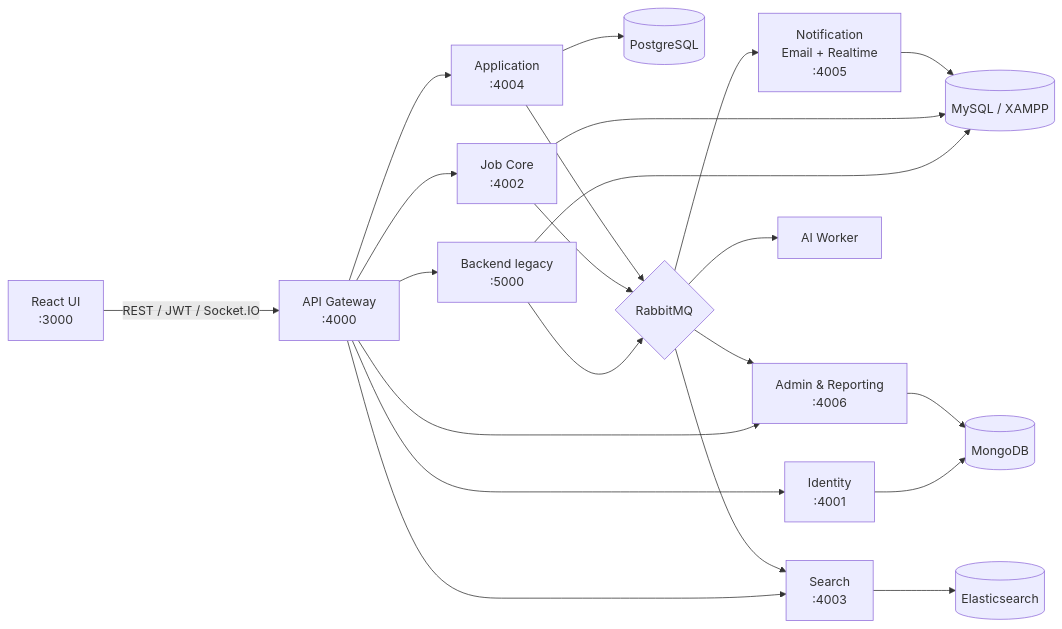
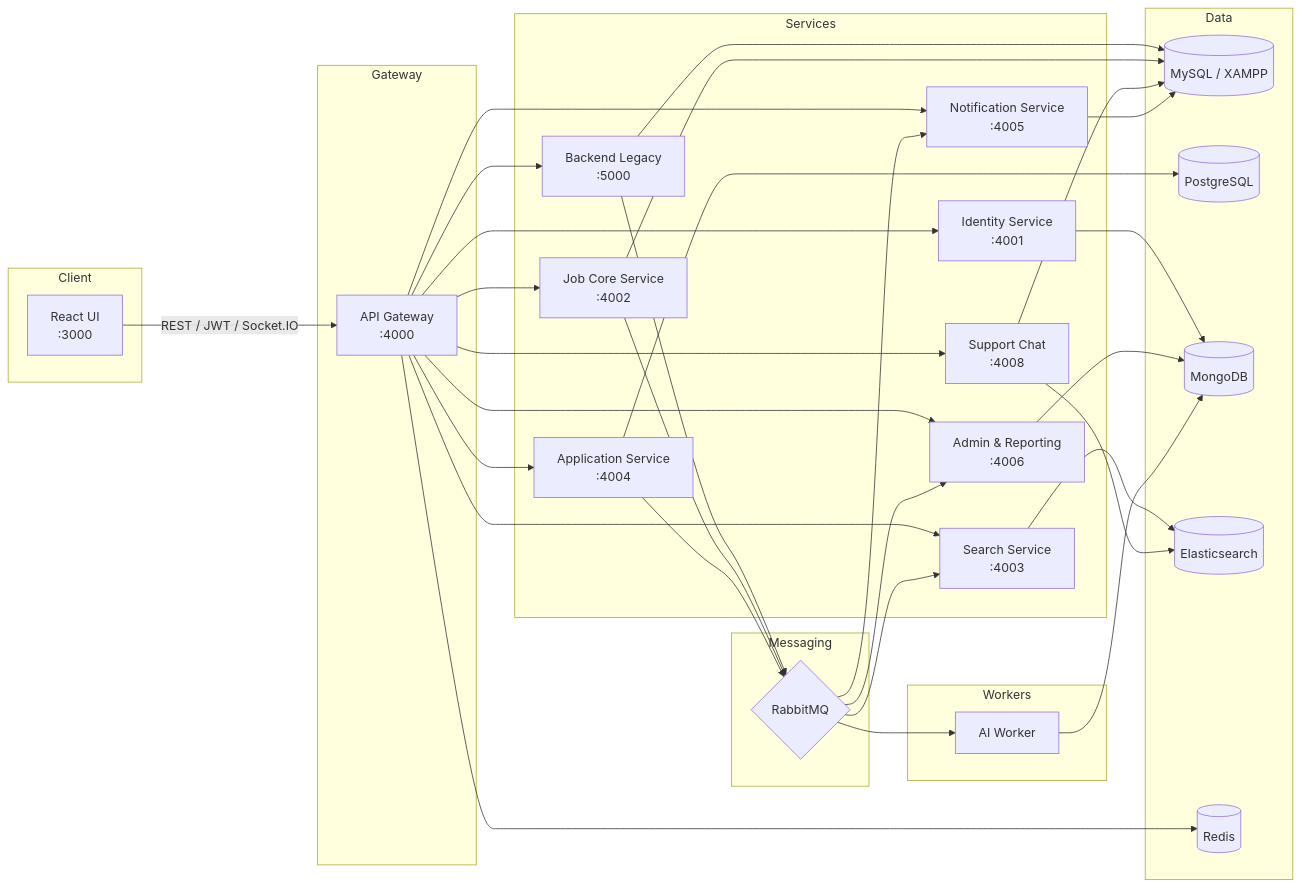
Before and after one commit to nguyentuanthien2384/DALN_JobFind: the diagram in README.md, drawn with Mermaid. The commit also changed other lines of this file and 29 other files, not shown here.

Commit message:
feat: add job search autocomplete, job localization scripts, UI components, and tests

````diff
--- a/README.md
+++ b/README.md
@@ -51,26 +124,67 @@
 ```mermaid
 flowchart LR
-    UI["React UI\n:3000"] -->|"REST / JWT / Socket.IO"| GW["API Gateway\n:4000"]
-    GW --> Legacy["Backend legacy\n:5000"]
-    GW --> Identity["Identity\n:4001"]
-    GW --> Job["Job Core\n:4002"]
-    GW --> Search["Search\n:4003"]
-    GW --> Apps["Application\n:4004"]
-    GW --> Admin["Admin & Reporting\n:4006"]
+    subgraph Client
+        UI["React UI\n:3000"]
+    end
 
-    Legacy --> MySQL[("MySQL / XAMPP")]
+    subgraph Gateway
+        GW["API Gateway\n:4000"]
+    end
+
+    subgraph Services
+        Legacy["Backend Legacy\n:5000"]
+        Identity["Identity Service\n:4001"]
+        Job["Job Core Service\n:4002"]
+        Search["Search Service\n:4003"]
+        Apps["Application Service\n:4004"]
+        Notify["Notification Service\n:4005"]
+        Admin["Admin & Reporting\n:4006"]
+        Support["Support Chat\n:4008"]
+    end
+
+    subgraph Workers
+        AI["AI Worker"]
+    end
+
+    subgraph Data
+        MySQL[("MySQL / XAMPP")]
+        Postgres[("PostgreSQL")]
+        Mongo[("MongoDB")]
+        ES[("Elasticsearch")]
+        Redis[("Redis")]
+    end
+
+    subgraph Messaging
+        MQ{"RabbitMQ"}
+    end
+
+    UI -->|"REST / JWT / Socket.IO"| GW
+    GW --> Legacy
+    GW --> Identity
+    GW --> Job
+    GW --> Search
+    GW --> Apps
+    GW --> Notify
+    GW --> Admin
+    GW --> Support
+
+    Legacy --> MySQL
     Job --> MySQL
-    Apps --> Postgres[("PostgreSQL")]
-    Identity --> Mongo[("MongoDB")]
+    Apps --> Postgres
+    Identity --> Mongo
     Admin --> Mongo
-    Search --> ES[("Elasticsearch")]
+    Search --> ES
+    Support --> MySQL
+    Support --> ES
+    Notify --> MySQL
+    GW --> Redis
 
-    Legacy --> MQ{"RabbitMQ"}
+    Legacy --> MQ
     Job --> MQ
     Apps --> MQ
     MQ --> Search
-    MQ --> AI["AI Worker"]
-    MQ --> Notify["Notification\nEmail + Realtime\n:4005"]
+    MQ --> AI
+    MQ --> Notify
     MQ --> Admin
-    Notify --> MySQL
+    AI --> Mongo
 ```
````
